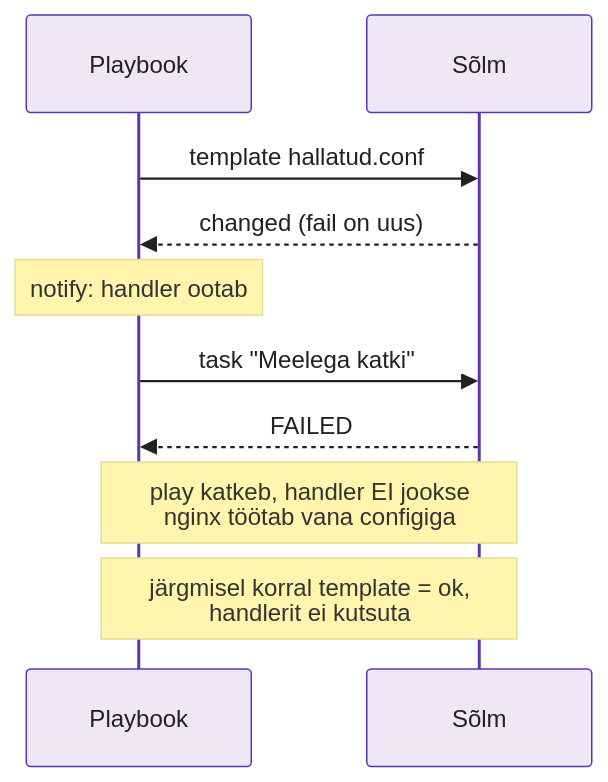
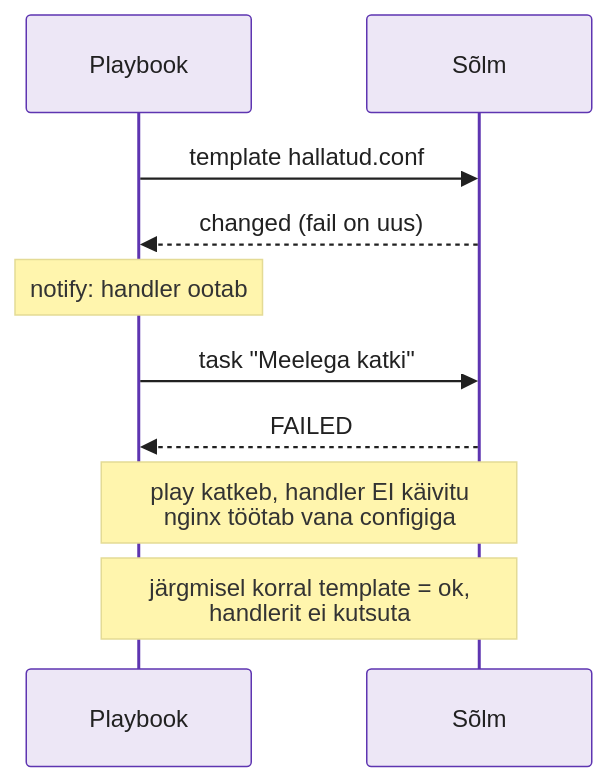
One commit to hkhk-automation/devops changed the eighth of 11 diagrams in docs/week04/lab.md. Above: the diagram before and after it, drawn with Mermaid. The commit also changed other lines of this file and 5 other files, not shown here.

````diff
--- a/docs/week04/lab.md
+++ b/docs/week04/lab.md
@@ -636,13 +640,13 @@
 ```mermaid
 %%{init: {'theme':'base','themeVariables':{'primaryColor':'#ede7f6','primaryBorderColor':'#5e35b1','primaryTextColor':'#212121','lineColor':'#7e57c2'}}}%%
 sequenceDiagram
     participant P as Playbook
     participant N as Sõlm
     P->>N: template hallatud.conf
     N-->>P: changed (fail on uus)
     Note over P: notify: handler ootab
     P->>N: task "Meelega katki"
     N-->>P: FAILED
-    Note over P,N: play katkeb, handler EI jookse<br/>nginx töötab vana configiga
+    Note over P,N: play katkeb, handler EI käivitu<br/>nginx töötab vana configiga
     Note over P,N: järgmisel korral template = ok,<br/>handlerit ei kutsuta
 ```
````
